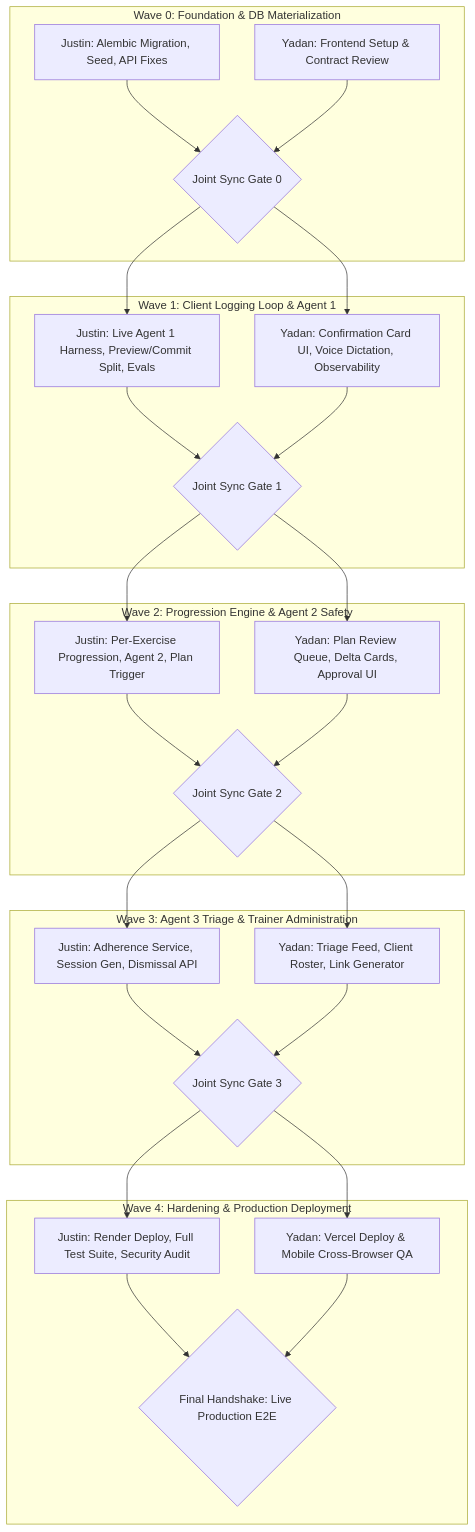
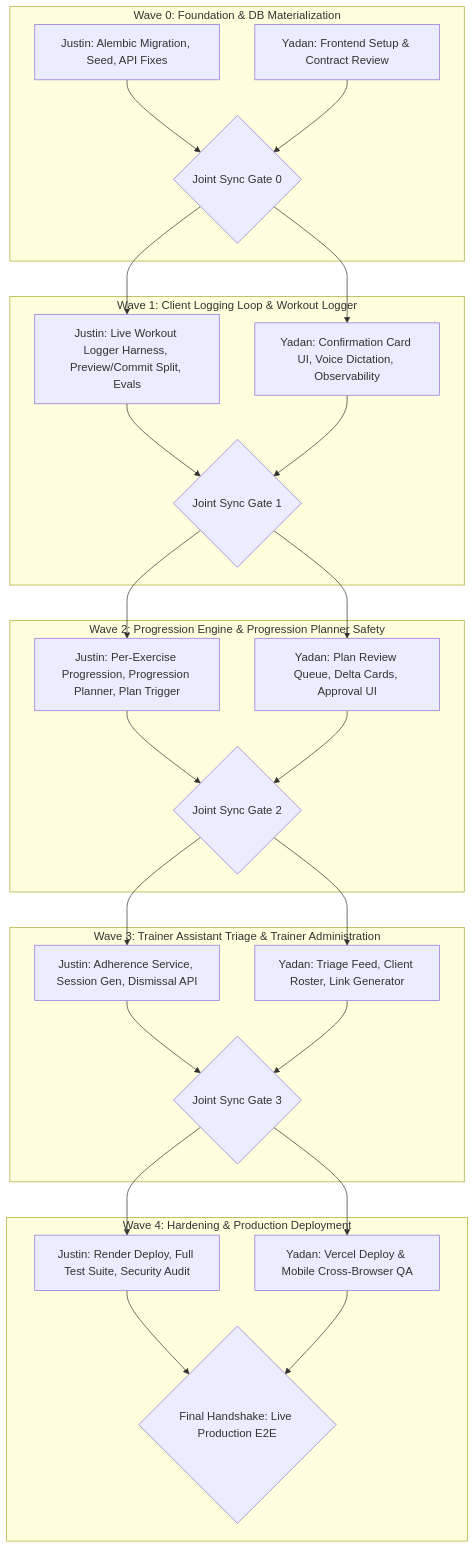
One commit to justin-day-pursuit/trainer-agent-app changed the second of 2 diagrams in documents/09-implementation-plan.md. Above: the diagram before and after it, drawn with Mermaid. The commit also changed other lines of this file and 24 other files, not shown here.

Commit message:
docs(agents): adopt functional names (Workout Logger, Progression Planner, Trainer Assistant) across codebase and docs

````diff
--- a/documents/09-implementation-plan.md
+++ b/documents/09-implementation-plan.md
@@ -156,50 +156,50 @@
 ```mermaid
 flowchart TD
     subgraph Wave0 ["Wave 0: Foundation & DB Materialization"]
         W0_J["Justin: Alembic Migration, Seed, API Fixes"]
         W0_Y["Yadan: Frontend Setup & Contract Review"]
         W0_Gate{"Joint Sync Gate 0"}
         W0_J --> W0_Gate
         W0_Y --> W0_Gate
     end
 
-    subgraph Wave1 ["Wave 1: Client Logging Loop & Agent 1"]
-        W1_J["Justin: Live Agent 1 Harness, Preview/Commit Split, Evals"]
+    subgraph Wave1 ["Wave 1: Client Logging Loop & Workout Logger"]
+        W1_J["Justin: Live Workout Logger Harness, Preview/Commit Split, Evals"]
         W1_Y["Yadan: Confirmation Card UI, Voice Dictation, Observability"]
         W1_Gate{"Joint Sync Gate 1"}
         W0_Gate --> W1_J
         W0_Gate --> W1_Y
         W1_J --> W1_Gate
         W1_Y --> W1_Gate
     end
 
-    subgraph Wave2 ["Wave 2: Progression Engine & Agent 2 Safety"]
-        W2_J["Justin: Per-Exercise Progression, Agent 2, Plan Trigger"]
+    subgraph Wave2 ["Wave 2: Progression Engine & Progression Planner Safety"]
+        W2_J["Justin: Per-Exercise Progression, Progression Planner, Plan Trigger"]
         W2_Y["Yadan: Plan Review Queue, Delta Cards, Approval UI"]
         W2_Gate{"Joint Sync Gate 2"}
         W1_Gate --> W2_J
         W1_Gate --> W2_Y
         W2_J --> W2_Gate
         W2_Y --> W2_Gate
     end
 
-    subgraph Wave3 ["Wave 3: Agent 3 Triage & Trainer Administration"]
+    subgraph Wave3 ["Wave 3: Trainer Assistant Triage & Trainer Administration"]
         W3_J["Justin: Adherence Service, Session Gen, Dismissal API"]
         W3_Y["Yadan: Triage Feed, Client Roster, Link Generator"]
         W3_Gate{"Joint Sync Gate 3"}
         W2_Gate --> W3_J
         W2_Gate --> W3_Y
         W3_J --> W3_Gate
         W3_Y --> W3_Gate
     end
 
     subgraph Wave4 ["Wave 4: Hardening & Production Deployment"]
         W4_J["Justin: Render Deploy, Full Test Suite, Security Audit"]
         W4_Y["Yadan: Vercel Deploy & Mobile Cross-Browser QA"]
         W4_Gate{"Final Handshake: Live Production E2E"}
         W3_Gate --> W4_J
         W3_Gate --> W4_Y
         W4_J --> W4_Gate
         W4_Y --> W4_Gate
     end
 ```
````
